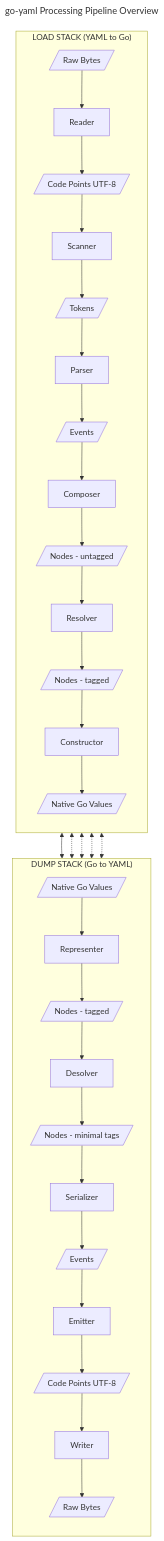
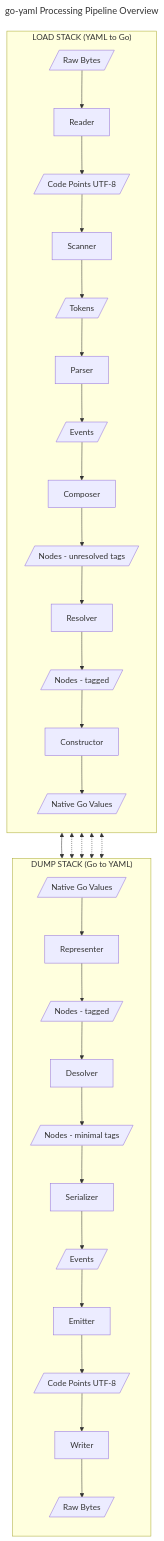
One commit to yaml/go-yaml changed the diagram in docs/dev/pipeline-overview.mmd. Above: the diagram before and after it, drawn with Mermaid. The commit also changed 35 other files, not shown here.

```diff
--- a/docs/dev/pipeline-overview.mmd
+++ b/docs/dev/pipeline-overview.mmd
@@ -1,65 +1,65 @@
 ---
 title: go-yaml Processing Pipeline Overview
 ---
 flowchart TB
     subgraph LOAD ["LOAD STACK (YAML to Go)"]
         direction TB
         L_bytes[/Raw Bytes/]
         L_reader[Reader]
         L_codepoints[/Code Points UTF-8/]
         L_scanner[Scanner]
         L_tokens[/Tokens/]
         L_parser[Parser]
         L_events[/Events/]
         L_composer[Composer]
-        L_nodes_raw[/Nodes - untagged/]
+        L_nodes_raw[/Nodes - unresolved tags/]
         L_resolver[Resolver]
         L_nodes_tagged[/Nodes - tagged/]
         L_constructor[Constructor]
         L_native[/Native Go Values/]
 
         L_bytes --> L_reader
         L_reader --> L_codepoints
         L_codepoints --> L_scanner
         L_scanner --> L_tokens
         L_tokens --> L_parser
         L_parser --> L_events
         L_events --> L_composer
         L_composer --> L_nodes_raw
         L_nodes_raw --> L_resolver
         L_resolver --> L_nodes_tagged
         L_nodes_tagged --> L_constructor
         L_constructor --> L_native
     end
 
     subgraph DUMP ["DUMP STACK (Go to YAML)"]
         direction TB
         D_native[/Native Go Values/]
         D_representer[Representer]
         D_nodes_tagged[/Nodes - tagged/]
         D_desolver[Desolver]
         D_nodes_minimal[/Nodes - minimal tags/]
         D_serializer[Serializer]
         D_events[/Events/]
         D_emitter[Emitter]
         D_codepoints[/Code Points UTF-8/]
         D_writer[Writer]
         D_bytes[/Raw Bytes/]
 
         D_native --> D_representer
         D_representer --> D_nodes_tagged
         D_nodes_tagged --> D_desolver
         D_desolver --> D_nodes_minimal
         D_nodes_minimal --> D_serializer
         D_serializer --> D_events
         D_events --> D_emitter
         D_emitter --> D_codepoints
         D_codepoints --> D_writer
         D_writer --> D_bytes
     end
 
     L_native <--> D_native
     L_nodes_tagged <-.-> D_nodes_tagged
     L_events <-.-> D_events
     L_codepoints <-.-> D_codepoints
     L_bytes <-.-> D_bytes
```
